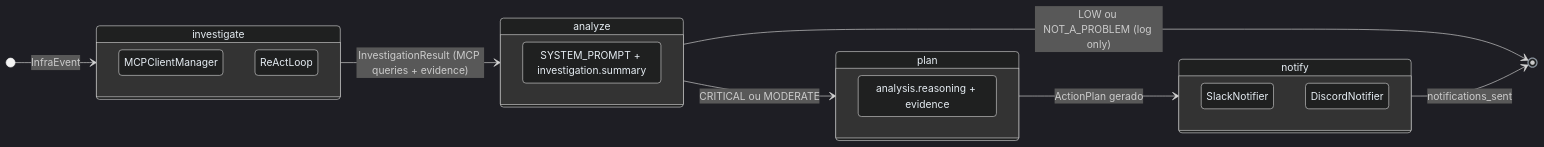
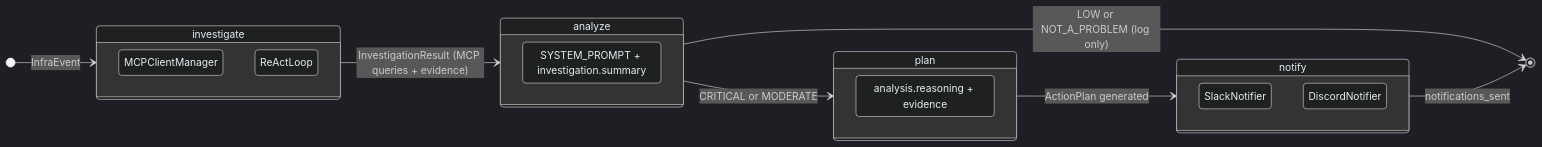
Before and after one commit to Vinny1892/octantis: the first of 2 diagrams in docs/agent.md, drawn with Mermaid. The commit also changed other lines of this file and 5 other files, not shown here.

````diff
--- a/docs/agent.md
+++ b/docs/agent.md
@@ -12,30 +12,30 @@
 ```mermaid
 %%{init: {"theme": "dark", "themeVariables": {"primaryColor": "#2d333b", "primaryBorderColor": "#6d5dfc", "primaryTextColor": "#e6edf3", "lineColor": "#8b949e", "secondaryColor": "#161b22"}}}%%
 stateDiagram-v2
     direction LR
     [*] --> investigate: InfraEvent
 
     investigate --> analyze: InvestigationResult (MCP queries + evidence)
 
-    analyze --> plan: CRITICAL ou MODERATE
-    analyze --> [*]: LOW ou NOT_A_PROBLEM (log only)
+    analyze --> plan: CRITICAL or MODERATE
+    analyze --> [*]: LOW or NOT_A_PROBLEM (log only)
 
-    plan --> notify: ActionPlan gerado
+    plan --> notify: ActionPlan generated
 
     notify --> [*]: notifications_sent
 
     state investigate {
         MCPClientManager
         ReActLoop
     }
     state analyze {
         LLM_analyzer: SYSTEM_PROMPT + investigation.summary
     }
     state plan {
         LLM_planner: analysis.reasoning + evidence
     }
     state notify {
         SlackNotifier
         DiscordNotifier
     }
 ```
````
